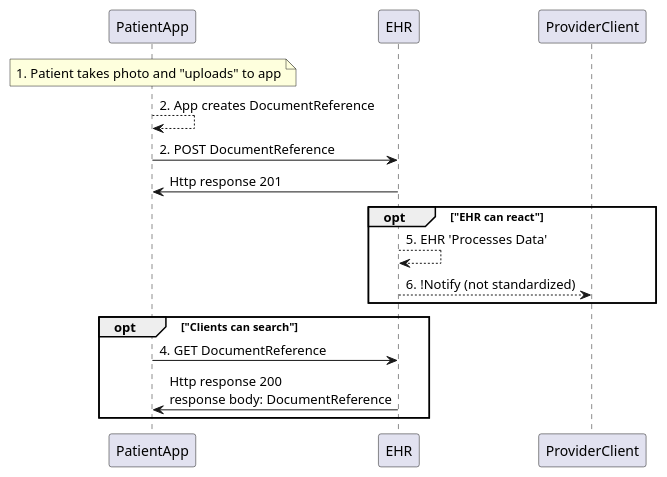
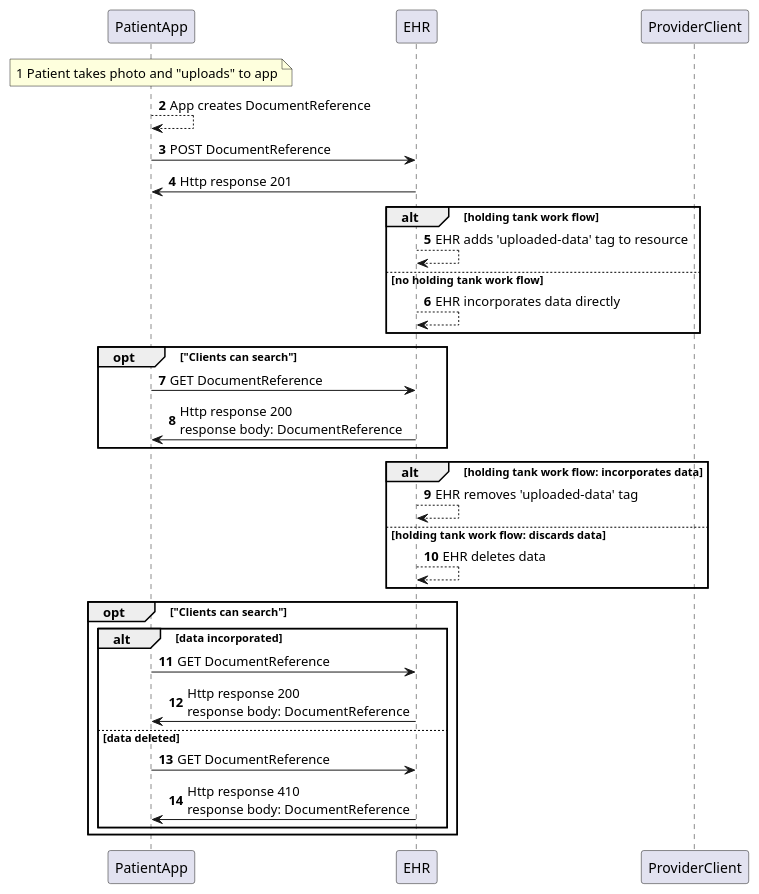
One commit to argonautproject/argo-write changed the diagram in notes/Use Case 2.md. Above: the diagram before and after it, drawn with PlantUML. The commit also changed other lines of this file, not shown here.

````diff
--- a/notes/Use Case 2.md
+++ b/notes/Use Case 2.md
@@ -28,21 +28,39 @@
 ```plantuml
 @startuml
+autonumber 2
  
 Participant PatientApp 
 Participant EHR
 Participant ProviderClient 
-    Note over PatientApp: 1. Patient takes photo and "uploads" to app
-    PatientApp-->PatientApp: 2. App creates DocumentReference
-    PatientApp->EHR: 2. POST DocumentReference
+    Note over PatientApp: 1 Patient takes photo and "uploads" to app
+    PatientApp-->PatientApp: App creates DocumentReference
+    PatientApp->EHR: POST DocumentReference
     EHR->PatientApp: Http response 201
 
-    Opt "EHR can react"
-        EHR-->EHR:5. EHR 'Processes Data'
-        EHR-->ProviderClient:6. !Notify (not standardized)
+    alt holding tank work flow
+        EHR-->EHR: EHR adds 'uploaded-data' tag to resource
+    else no holding tank work flow
+        EHR-->EHR: EHR incorporates data directly
+    end
+
+    Opt "Clients can search"
+        PatientApp -> EHR: GET DocumentReference
+        EHR->PatientApp: Http response 200\nresponse body: DocumentReference
     End
+    alt holding tank work flow: incorporates data
+       EHR-->EHR: EHR removes 'uploaded-data' tag
+    else holding tank work flow: discards data
+        EHR-->EHR: EHR deletes data
+    end
+        
     Opt "Clients can search"
-        PatientApp -> EHR: 4. GET DocumentReference
-        EHR->PatientApp: Http response 200\nresponse body: DocumentReference
-    End   
+    alt data incorporated
+    PatientApp -> EHR: GET DocumentReference
+    EHR->PatientApp: Http response 200\nresponse body: DocumentReference
+    else data deleted
+    PatientApp -> EHR: GET DocumentReference
+    EHR->PatientApp: Http response 410\nresponse body: DocumentReference
+    end
+    End
 @enduml
 ```
````
